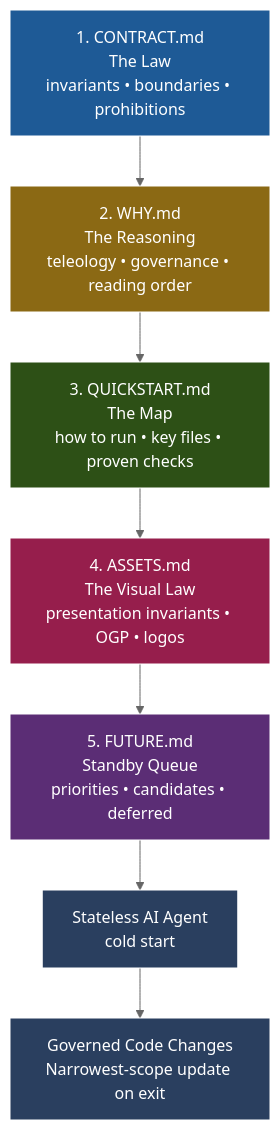
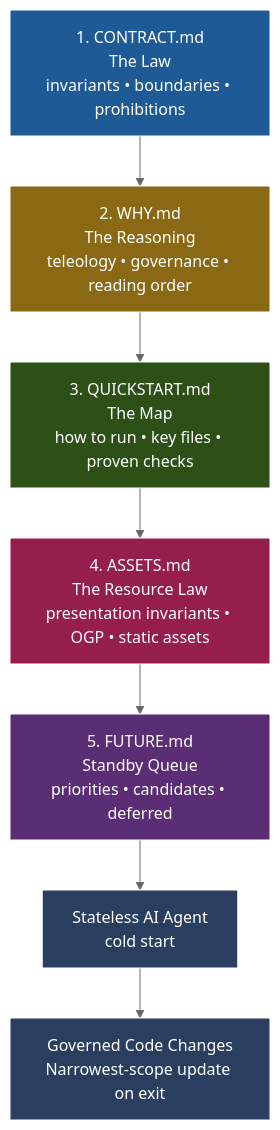
One commit to ajaxStardust/CONTRACT-Style-Comments changed the diagram in README.md. Above: the diagram before and after it, drawn with Mermaid (neutral theme). The commit also changed other lines of this file, not shown here.

Commit message:
Completely refactor README.md to eliminate verbosity and establish highly professional developer-focused architecture

````diff
--- a/README.md
+++ b/README.md
@@ -65,22 +25,22 @@
 ```mermaid
 graph TD
     A["1. CONTRACT.md<br/>The Law<br/>invariants • boundaries • prohibitions"] 
     B["2. WHY.md<br/>The Reasoning<br/>teleology • governance • reading order"]
     C["3. QUICKSTART.md<br/>The Map<br/>how to run • key files • proven checks"]
-    G["4. ASSETS.md<br/>The Visual Law<br/>presentation invariants • OGP • logos"]
+    G["4. ASSETS.md<br/>The Resource Law<br/>presentation invariants • OGP • static assets"]
     D["5. FUTURE.md<br/>Standby Queue<br/>priorities • candidates • deferred"]
     E["Stateless AI Agent<br/>cold start"]
     F["Governed Code Changes<br/>Narrowest-scope update on exit"]
     
     A --> B --> C --> G --> D
     D --> E
     E --> F
     
     style A fill:#1e5a96,color:#fff,stroke:#fff
     style B fill:#8b6914,color:#fff,stroke:#fff
     style C fill:#2d5016,color:#fff,stroke:#fff
     style G fill:#961e4c,color:#fff,stroke:#fff
     style D fill:#5b2d75,color:#fff,stroke:#fff
     style E fill:#2a3f5f,color:#fff,stroke:#fff
     style F fill:#2a3f5f,color:#fff,stroke:#fff
 ```
````
